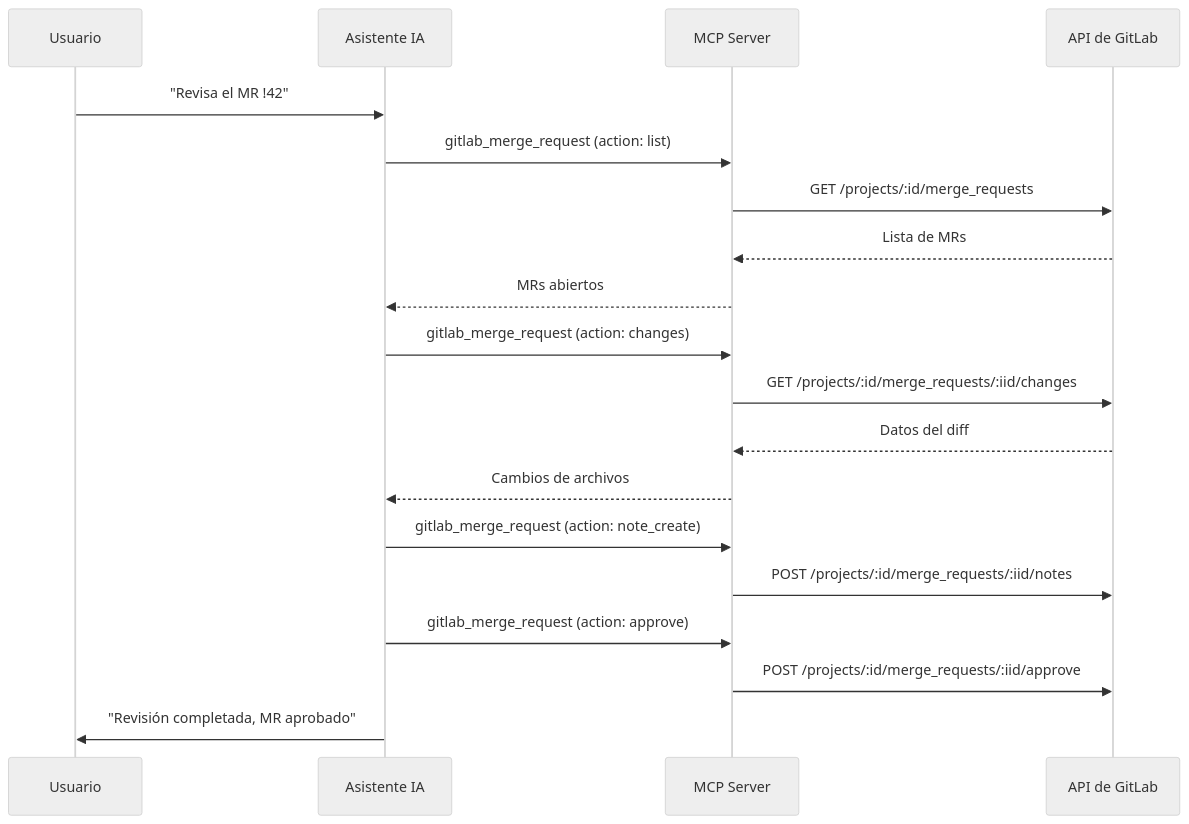
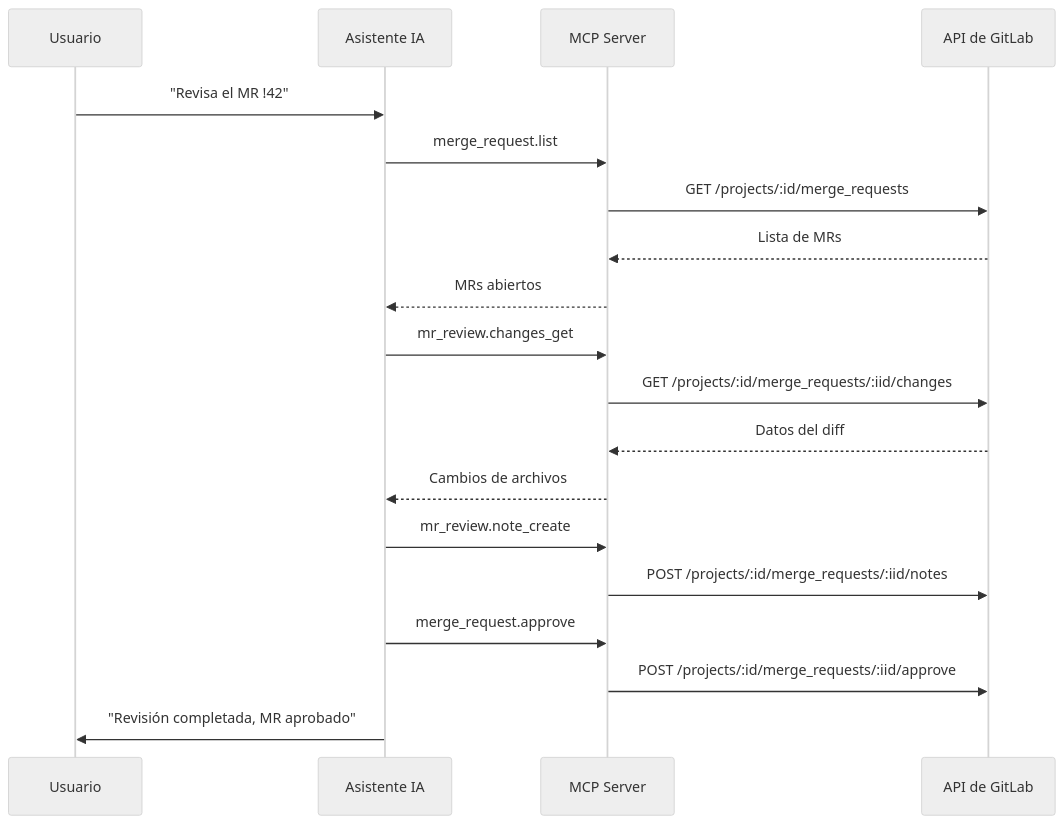
One commit to jmrplens/gitlab-mcp-server changed the diagram in site/src/content/docs/es/examples/code-review-workflows.mdx. Above: the diagram before and after it, drawn with Mermaid (neutral theme). The commit also changed other lines of this file and 115 other files, not shown here.

````diff
--- a/site/src/content/docs/es/examples/code-review-workflows.mdx
+++ b/site/src/content/docs/es/examples/code-review-workflows.mdx
@@ -43,22 +43,22 @@
 ```mermaid
 sequenceDiagram
     participant U as Usuario
     participant AI as Asistente IA
     participant MCP as MCP Server
     participant GL as API de GitLab
 
     U->>AI: "Revisa el MR !42"
-    AI->>MCP: gitlab_merge_request (action: list)
+    AI->>MCP: merge_request.list
     MCP->>GL: GET /projects/:id/merge_requests
     GL-->>MCP: Lista de MRs
     MCP-->>AI: MRs abiertos
-    AI->>MCP: gitlab_merge_request (action: changes)
+    AI->>MCP: mr_review.changes_get
     MCP->>GL: GET /projects/:id/merge_requests/:iid/changes
     GL-->>MCP: Datos del diff
     MCP-->>AI: Cambios de archivos
-    AI->>MCP: gitlab_merge_request (action: note_create)
+    AI->>MCP: mr_review.note_create
     MCP->>GL: POST /projects/:id/merge_requests/:iid/notes
-    AI->>MCP: gitlab_merge_request (action: approve)
+    AI->>MCP: merge_request.approve
     MCP->>GL: POST /projects/:id/merge_requests/:iid/approve
     AI->>U: "Revisión completada, MR aprobado"
 ```
````
